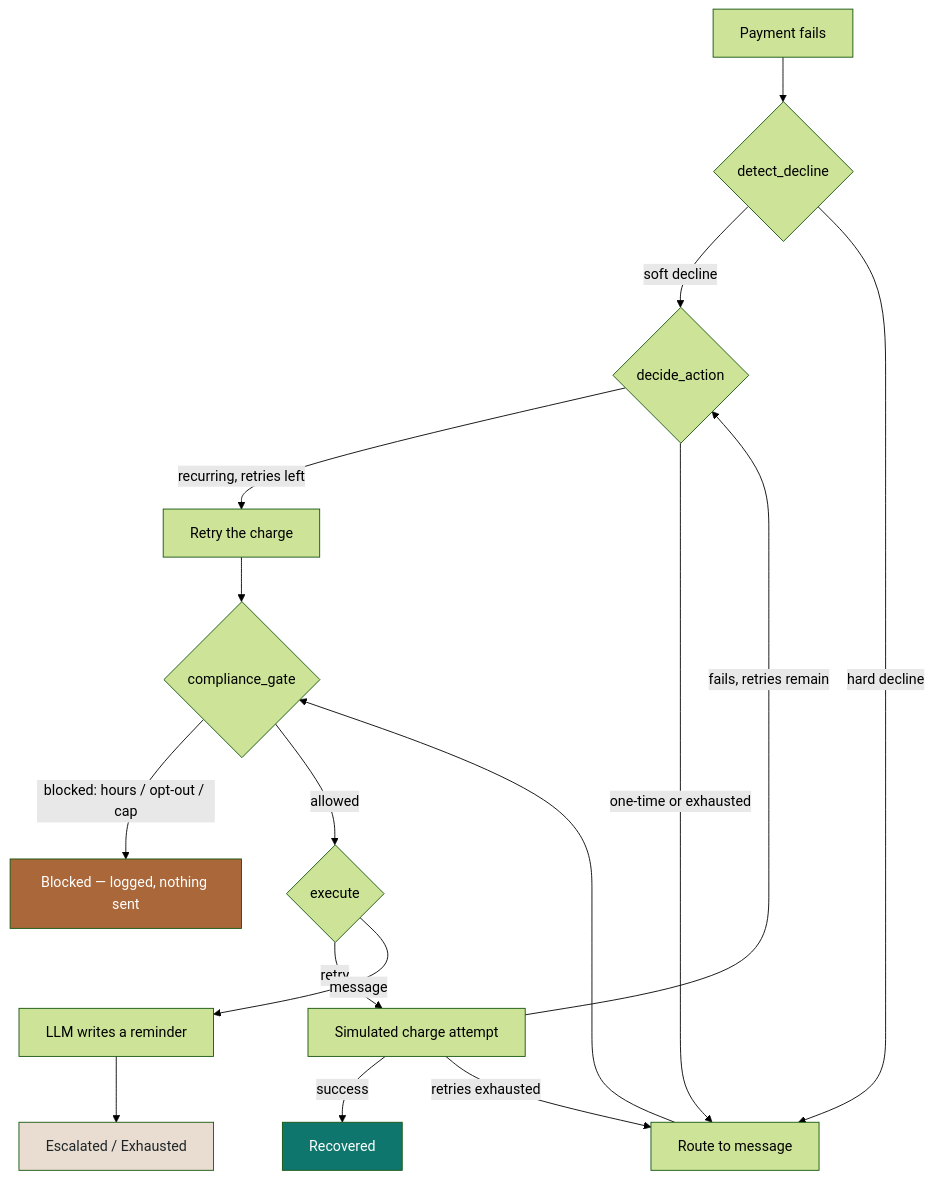
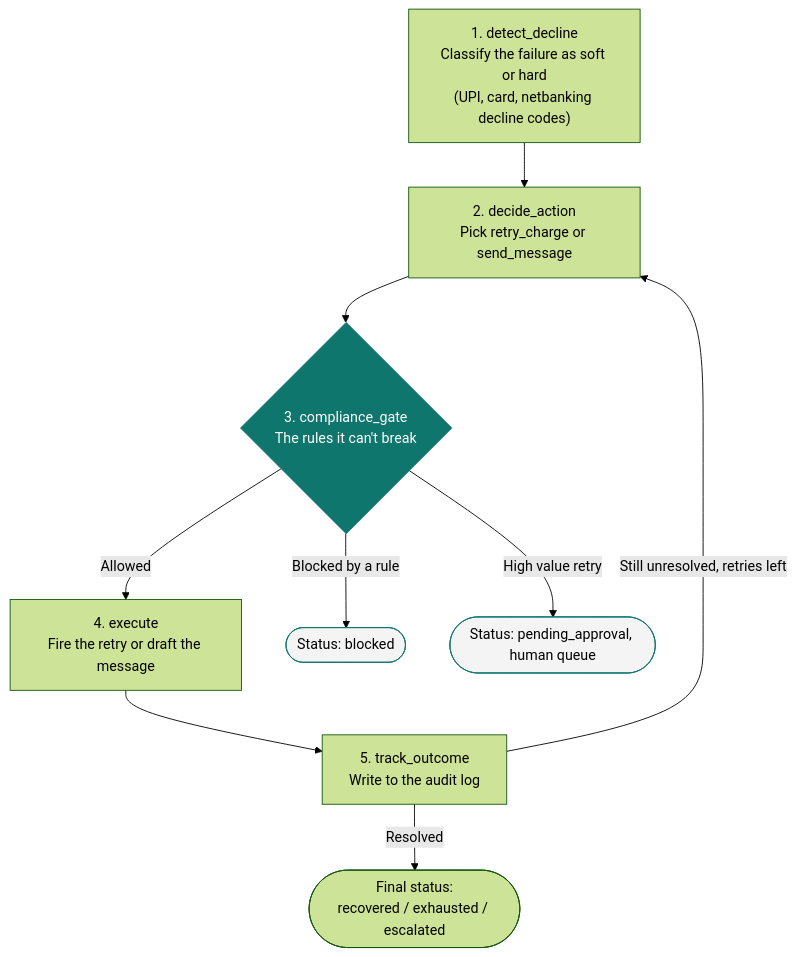
Before and after one commit to Sanjay-jat/payment-recovery-agent: the diagram in README.md, drawn with Mermaid (forest theme). The commit also changed other lines of this file, not shown here.

Commit message:
Replace README with final polished version

````diff
--- a/README.md
+++ b/README.md
@@ -56,22 +35,15 @@
 ```mermaid
 flowchart TD
-    A[Payment fails] --> B{detect_decline}
-    B -->|soft decline| C{decide_action}
-    B -->|hard decline| D[Route to message]
-    C -->|recurring, retries left| E[Retry the charge]
-    C -->|one-time or exhausted| D
-    D --> F{compliance_gate}
-    E --> F
-    F -->|blocked: hours / opt-out / cap| G[Blocked — logged, nothing sent]
-    F -->|allowed| H{execute}
-    H -->|retry| I[Simulated charge attempt]
-    H -->|message| J[LLM writes a reminder]
-    I -->|success| K[Recovered]
-    I -->|fails, retries remain| C
-    I -->|retries exhausted| D
-    J --> L[Escalated / Exhausted]
- 
-    style K fill:#0f766e,color:#fff
-    style G fill:#a9673a,color:#fff
-    style L fill:#e8ddd0,color:#1e2528
+    A["1. detect_decline<br/>Classify the failure as soft or hard<br/>(UPI, card, netbanking decline codes)"] --> B["2. decide_action<br/>Pick retry_charge or send_message"]
+    B --> C{"3. compliance_gate<br/>The rules it can't break"}
+    C -- "Allowed" --> D["4. execute<br/>Fire the retry or draft the message"]
+    C -- "Blocked by a rule" --> F(["Status: blocked"])
+    C -- "High value retry" --> G(["Status: pending_approval, human queue"])
+    D --> E["5. track_outcome<br/>Write to the audit log"]
+    E -- "Still unresolved, retries left" --> B
+    E -- "Resolved" --> H(["Final status:<br/>recovered / exhausted / escalated"])
+
+    style C fill:#0f766e,color:#fff,stroke:#0f766e
+    style G fill:#f4f4f4,stroke:#0f766e
+    style F fill:#f4f4f4,stroke:#0f766e
 ```
````
